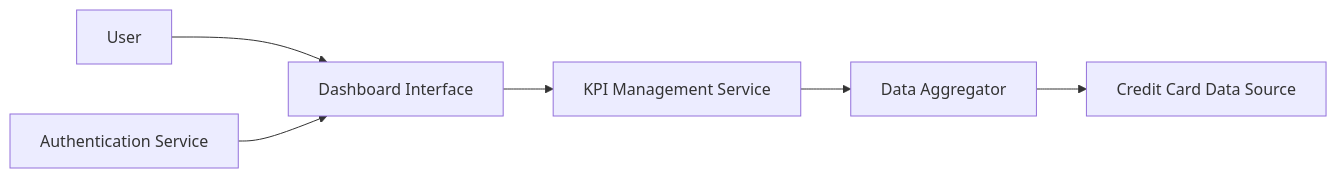
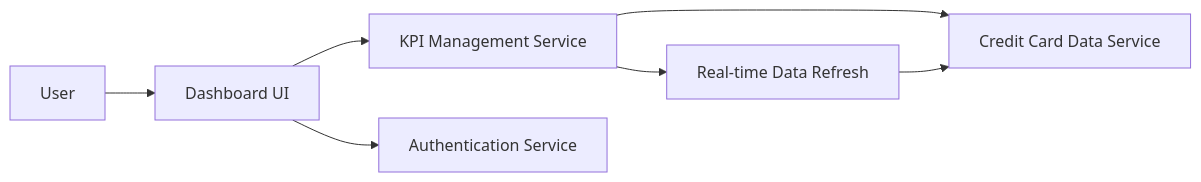
The diagram in HLD/QE-7736_HLD.md (AAVA-Demo/APB_Demo), drawn with Mermaid before and after one commit. The commit also changed other lines of this file and 5 other files, not shown here.

````diff
--- a/HLD/QE-7736_HLD.md
+++ b/HLD/QE-7736_HLD.md
@@ -7,14 +7,15 @@
 ```mermaid
 flowchart LR
     A["User"]
-    B["Dashboard Interface"]
+    B["Dashboard UI"]
     C["KPI Management Service"]
-    D["Credit Card Data Source"]
+    D["Credit Card Data Service"]
     E["Authentication Service"]
-    F["Data Aggregator"]
+    F["Real-time Data Refresh"]
     A --> B
-    E --> B
     B --> C
+    B --> E
+    C --> D
     C --> F
     F --> D
 ```
````
